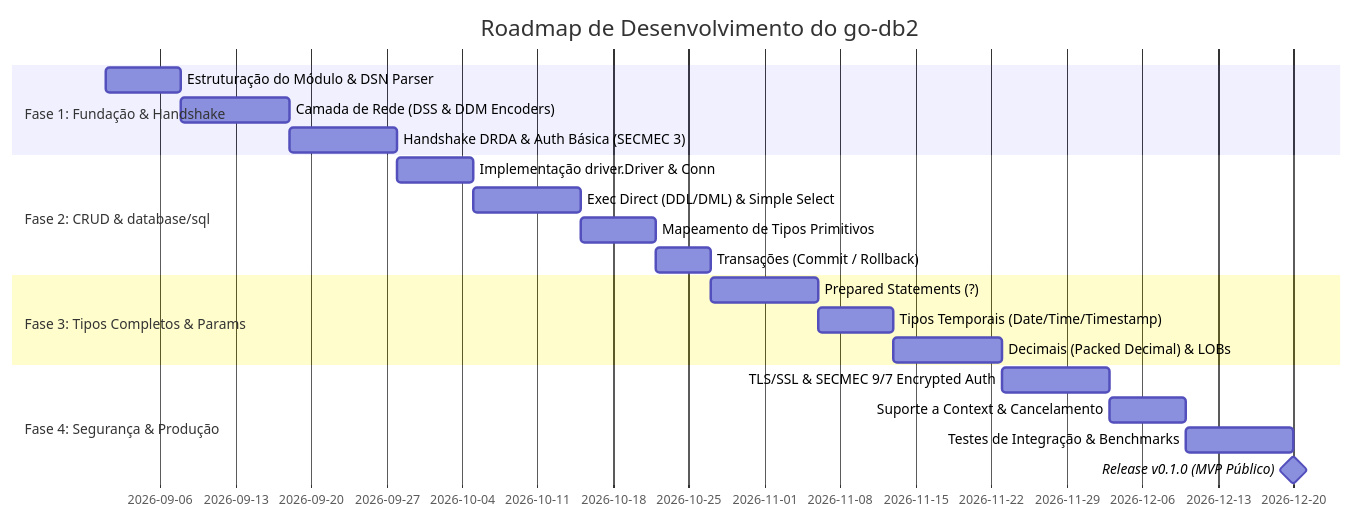
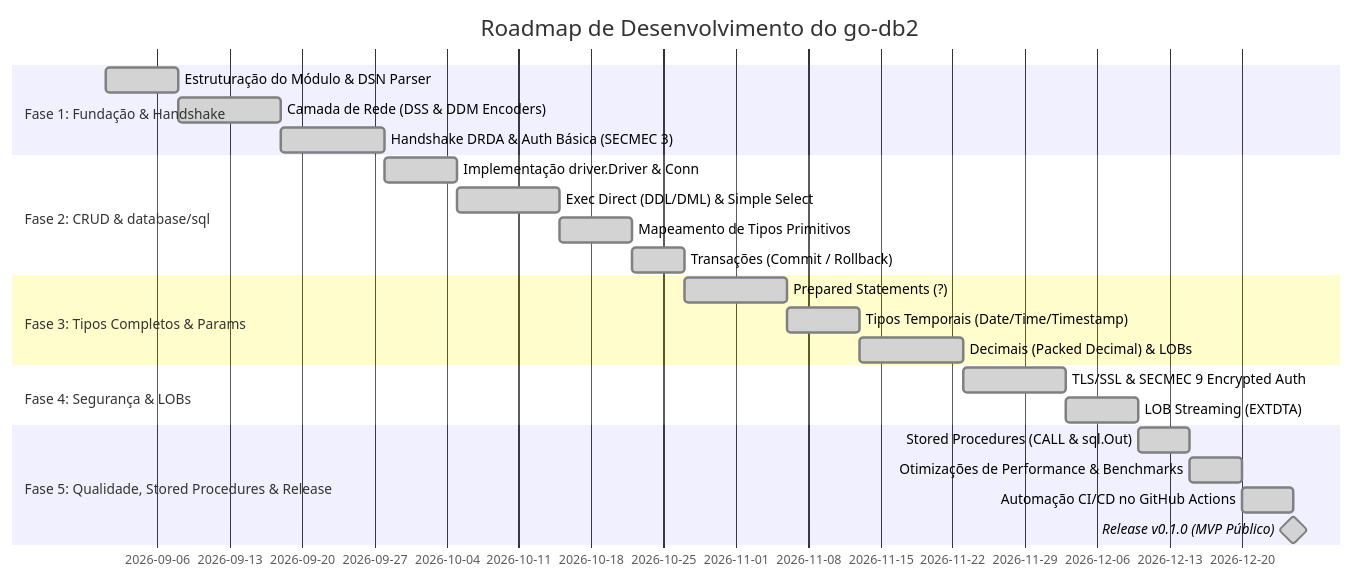
One commit to go-db2/go-db2 changed the diagram in PROJECT_PLAN.pt-BR.md. Above: the diagram before and after it, drawn with Mermaid. The commit also changed other lines of this file and 12 other files, not shown here.

Commit message:
feat: implement stored procedure support with sql.Out parameters and add CI/CD pipeline automation

````diff
--- a/PROJECT_PLAN.pt-BR.md
+++ b/PROJECT_PLAN.pt-BR.md
@@ -163,23 +164,26 @@
 ```mermaid
 gantt
     title Roadmap de Desenvolvimento do go-db2
     dateFormat  YYYY-MM-DD
     section Fase 1: Fundação & Handshake
-    Estruturação do Módulo & DSN Parser      :f1_1, 2026-09-01, 7d
-    Camada de Rede (DSS & DDM Encoders)       :f1_2, after f1_1, 10d
-    Handshake DRDA & Auth Básica (SECMEC 3)  :f1_3, after f1_2, 10d
+    Estruturação do Módulo & DSN Parser      :done, f1_1, 2026-09-01, 7d
+    Camada de Rede (DSS & DDM Encoders)       :done, f1_2, after f1_1, 10d
+    Handshake DRDA & Auth Básica (SECMEC 3)  :done, f1_3, after f1_2, 10d
     section Fase 2: CRUD & database/sql
-    Implementação driver.Driver & Conn       :f2_1, after f1_3, 7d
-    Exec Direct (DDL/DML) & Simple Select    :f2_2, after f2_1, 10d
-    Mapeamento de Tipos Primitivos           :f2_3, after f2_2, 7d
-    Transações (Commit / Rollback)           :f2_4, after f2_3, 5d
+    Implementação driver.Driver & Conn       :done, f2_1, after f1_3, 7d
+    Exec Direct (DDL/DML) & Simple Select    :done, f2_2, after f2_1, 10d
+    Mapeamento de Tipos Primitivos           :done, f2_3, after f2_2, 7d
+    Transações (Commit / Rollback)           :done, f2_4, after f2_3, 5d
     section Fase 3: Tipos Completos & Params
-    Prepared Statements (?)                  :f3_1, after f2_4, 10d
-    Tipos Temporais (Date/Time/Timestamp)    :f3_2, after f3_1, 7d
-    Decimais (Packed Decimal) & LOBs         :f3_3, after f3_2, 10d
-    section Fase 4: Segurança & Produção
-    TLS/SSL & SECMEC 9/7 Encrypted Auth      :f4_1, after f3_3, 10d
-    Suporte a Context & Cancelamento         :f4_2, after f4_1, 7d
-    Testes de Integração & Benchmarks        :f4_3, after f4_2, 10d
-    Release v0.1.0 (MVP Público)             :milestone, after f4_3, 0d
+    Prepared Statements (?)                  :done, f3_1, after f2_4, 10d
+    Tipos Temporais (Date/Time/Timestamp)    :done, f3_2, after f3_1, 7d
+    Decimais (Packed Decimal) & LOBs         :done, f3_3, after f3_2, 10d
+    section Fase 4: Segurança & LOBs
+    TLS/SSL & SECMEC 9 Encrypted Auth        :done, f4_1, after f3_3, 10d
+    LOB Streaming (EXTDTA)                   :done, f4_2, after f4_1, 7d
+    section Fase 5: Qualidade, Stored Procedures & Release
+    Stored Procedures (CALL & sql.Out)       :done, f5_1, after f4_2, 5d
+    Otimizações de Performance & Benchmarks  :done, f5_2, after f5_1, 5d
+    Automação CI/CD no GitHub Actions        :done, f5_3, after f5_2, 5d
+    Release v0.1.0 (MVP Público)             :done, milestone, after f5_3, 0d
 ```
````
